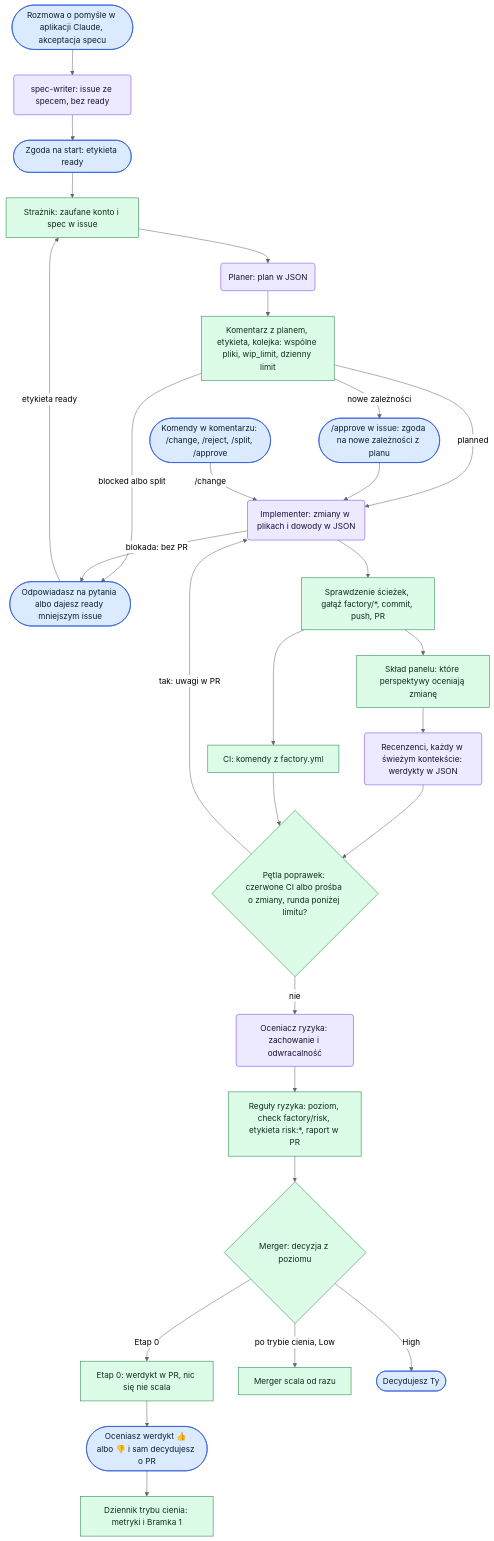
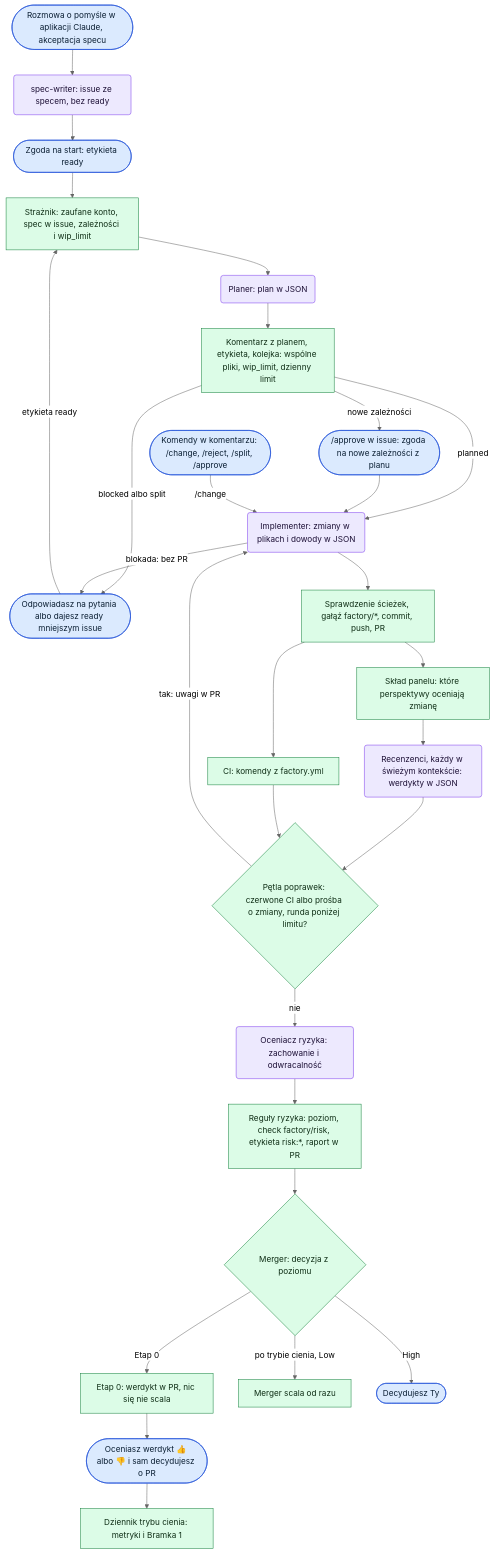
The diagram in README.md (gibkigonzo/factory), drawn with Mermaid (neutral theme) before and after one commit. The commit also changed other lines of this file and 15 other files, not shown here.

````diff
--- a/README.md
+++ b/README.md
@@ -76,47 +76,47 @@
 ```mermaid
 flowchart TD
   H1(["Rozmowa o pomyśle w aplikacji Claude, akceptacja specu"]):::human
   A1("spec-writer: issue ze specem, bez ready"):::agent
   H0(["Zgoda na start: etykieta ready"]):::human
-  S1["Strażnik: zaufane konto i spec w issue"]:::script
+  S1["Strażnik: zaufane konto, spec w issue, zależności i wip_limit"]:::script
   A2("Planer: plan w JSON"):::agent
   S2["Komentarz z planem, etykieta, kolejka: wspólne pliki, wip_limit, dzienny limit"]:::script
   H2(["Odpowiadasz na pytania albo dajesz ready mniejszym issue"]):::human
   A3("Implementer: zmiany w plikach i dowody w JSON"):::agent
   S3["Sprawdzenie ścieżek, gałąź factory/*, commit, push, PR"]:::script
   S4["CI: komendy z factory.yml"]:::script
   S5["Skład panelu: które perspektywy oceniają zmianę"]:::script
   A4("Recenzenci, każdy w świeżym kontekście: werdykty w JSON"):::agent
   A5("Oceniacz ryzyka: zachowanie i odwracalność"):::agent
   S6["Reguły ryzyka: poziom, check factory/risk, etykieta risk:*, raport w PR"]:::script
   D{"Merger: decyzja z poziomu"}:::script
   S7["Etap 0: werdykt w PR, nic się nie scala"]:::script
   H3(["Oceniasz werdykt 👍 albo 👎 i sam decydujesz o PR"]):::human
   S8["Dziennik trybu cienia: metryki i Bramka 1"]:::script
   M1["Merger scala od razu"]:::script
   H4(["Decydujesz Ty"]):::human
   H5(["Komendy w komentarzu: /change, /reject, /split, /approve"]):::human
   H6(["/approve w issue: zgoda na nowe zależności z planu"]):::human
   L{"Pętla poprawek: czerwone CI albo prośba o zmiany, runda poniżej limitu?"}:::script
 
   H1 --> A1 --> H0 --> S1 --> A2 --> S2
   S2 -->|"blocked albo split"| H2
   H2 -->|"etykieta ready"| S1
   S2 -->|"planned"| A3 --> S3
   S2 -->|"nowe zależności"| H6 --> A3
   A3 -->|"blokada: bez PR"| H2
   S3 --> S4 & S5
   S5 --> A4 --> L
   S4 --> L
   L -->|"tak: uwagi w PR"| A3
   L -->|"nie"| A5 --> S6
   S6 --> D
   D -->|"Etap 0"| S7 --> H3 --> S8
   D -->|"po trybie cienia, Low"| M1
   D -->|"High"| H4
   H5 -->|"/change"| A3
 
   classDef human fill:#dbeafe,stroke:#1d4ed8,color:#0b1f33
   classDef agent fill:#ede9fe,stroke:#7c3aed,color:#1d1036
   classDef script fill:#dcfce7,stroke:#15803d,color:#0f2e16
 ```
````
